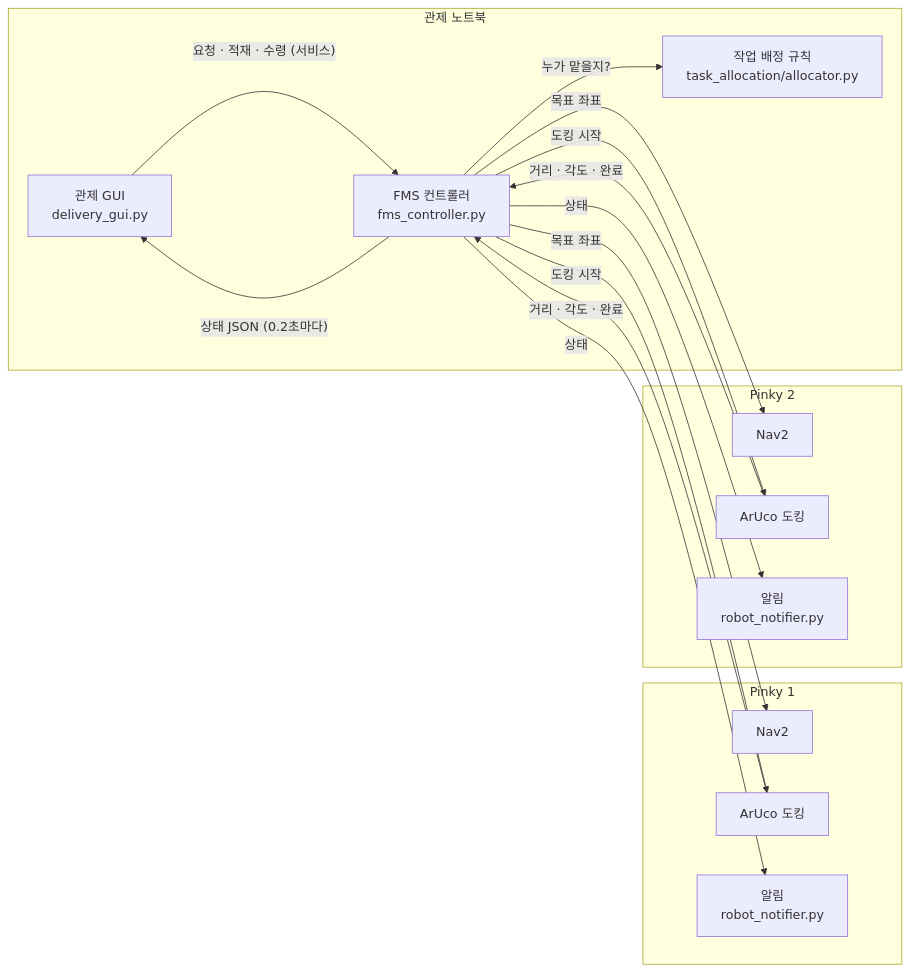
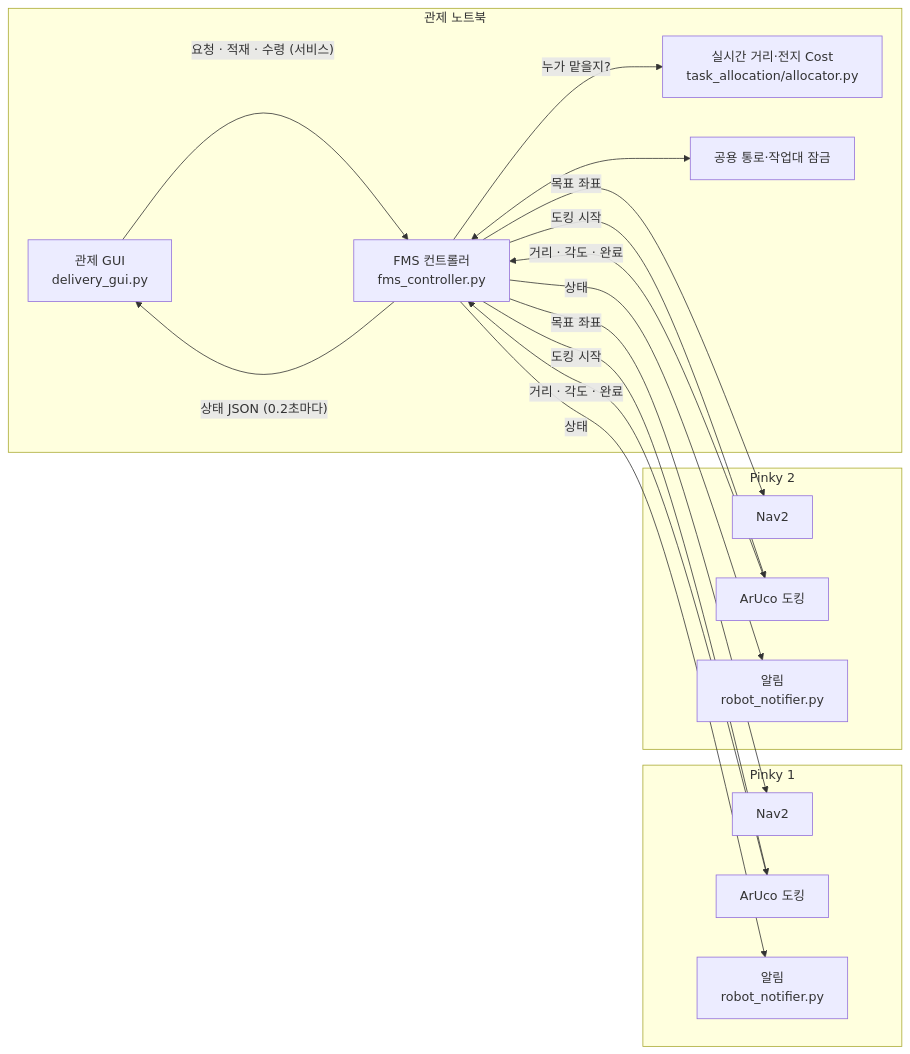
Before and after one commit to brianpark1223/pinky_mini: the first of 2 diagrams in README.md, drawn with Mermaid. The commit also changed other lines of this file and 19 other files, not shown here.

````diff
--- a/README.md
+++ b/README.md
@@ -31,25 +31,27 @@
 ```mermaid
 flowchart LR
     subgraph Laptop["관제 노트북"]
         GUI["관제 GUI<br/>delivery_gui.py"]
         FMS["FMS 컨트롤러<br/>fms_controller.py"]
-        ALLOC["작업 배정 규칙<br/>task_allocation/allocator.py"]
+        ALLOC["실시간 거리·전지 Cost<br/>task_allocation/allocator.py"]
+        TRAFFIC["공용 통로·작업대 잠금"]
     end
     subgraph P1["Pinky 1"]
         N1["Nav2"]
         D1["ArUco 도킹"]
         S1["알림<br/>robot_notifier.py"]
     end
     subgraph P2["Pinky 2"]
         N2["Nav2"]
         D2["ArUco 도킹"]
         S2["알림<br/>robot_notifier.py"]
     end
     GUI -- "요청 · 적재 · 수령 (서비스)" --> FMS
     FMS -- "누가 맡을지?" --> ALLOC
+    FMS <--> TRAFFIC
     FMS -- "상태 JSON (0.2초마다)" --> GUI
     FMS -- "목표 좌표" --> N1 & N2
     FMS -- "도킹 시작" --> D1 & D2
     D1 & D2 -- "거리 · 각도 · 완료" --> FMS
     FMS -- "상태" --> S1 & S2
 ```
````
